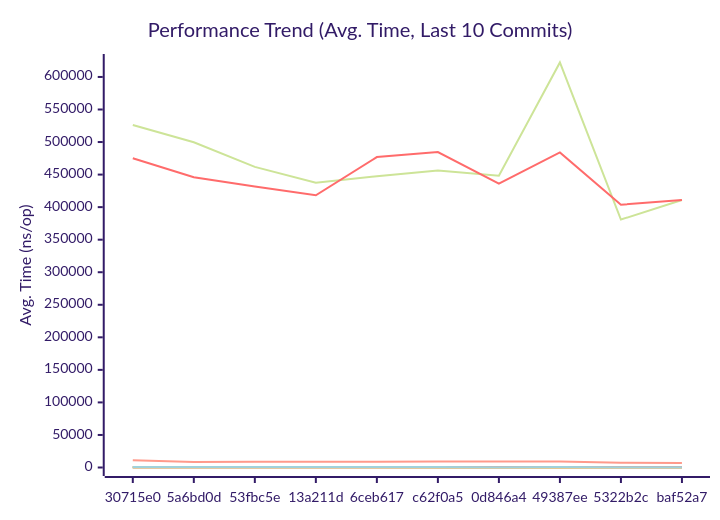
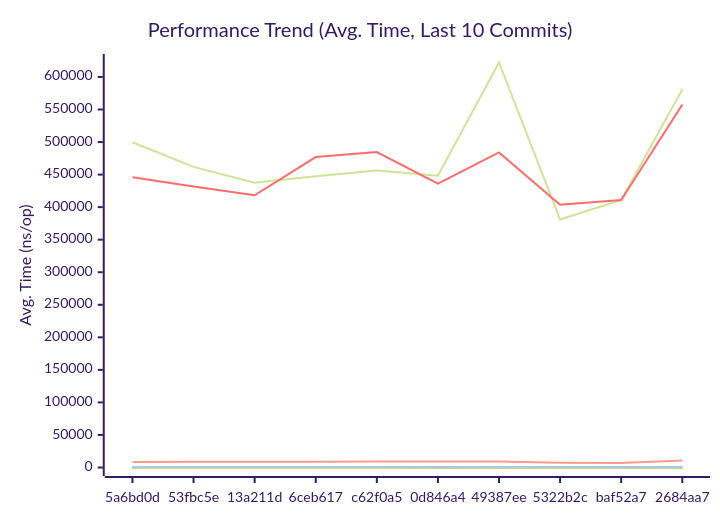
The first of 3 diagrams in docs/PERFORMANCE.md (alsotoes/momo), drawn with Mermaid (forest theme) before and after one commit. The commit also changed other lines of this file and 2 other files, not shown here.

````diff
--- a/docs/PERFORMANCE.md
+++ b/docs/PERFORMANCE.md
@@ -145,20 +145,20 @@
 ```mermaid
 xychart-beta
     title "Performance Trend (Avg. Time, Last 10 Commits)"
     x-axis "Commit"
     y-axis "Avg. Time (ns/op)"
-    x-axis [30715e0,5a6bd0d,53fbc5e,13a211d,6ceb617,c62f0a5,0d846a4,49387ee,5322b2c,baf52a7]
-    line "AWSChunkedReaderSigned" [526187,499710,461886,437350,447444,456452,448270,622202,380899,410944]
-    line "AWSChunkedReaderUnsigned" [474985,445923,431657,418289,476966,484613,436099,484134,403705,410907]
-    line "CheckMetricsAndSwap" [9,10,9,8,10,9,10,8,9,7]
-    line "CrushOptimized" [338,334,350,344,353,360,384,403,296,264]
-    line "CrushOriginal" [508,437,504,419,488,539,442,474,375,370]
+    x-axis [5a6bd0d,53fbc5e,13a211d,6ceb617,c62f0a5,0d846a4,49387ee,5322b2c,baf52a7,2684aa7]
+    line "AWSChunkedReaderSigned" [499710,461886,437350,447444,456452,448270,622202,380899,410944,580705]
+    line "AWSChunkedReaderUnsigned" [445923,431657,418289,476966,484613,436099,484134,403705,410907,557512]
+    line "CheckMetricsAndSwap" [10,9,8,10,9,10,8,9,7,10]
+    line "CrushOptimized" [334,350,344,353,360,384,403,296,264,368]
+    line "CrushOriginal" [437,504,419,488,539,442,474,375,370,598]
     line "IndexDirectTracking" [0,0,0,0,0,0,0,0,0,0]
     line "IndexSearch" [3,3,3,3,3,3,3,3,3,3]
-    line "LoadGlobalConfig" [11173,8541,8919,8720,9023,9246,9136,9150,7234,7096]
-    line "PadString" [49,42,41,39,53,48,50,48,35,34]
+    line "LoadGlobalConfig" [8541,8919,8720,9023,9246,9136,9150,7234,7096,10842]
+    line "PadString" [42,41,39,53,48,50,48,35,34,55]
     line "ParseReplicationOrder_NoPrealloc" [350,349,357,354,345,225,229,165,232,234]
     line "ParseReplicationOrder_Prealloc" [229,231,237,234,229,108,107,80,110,109]
-    line "SanitizeLog/Safe" [284,240,213,224,479,510,430,543,398,379]
-    line "SanitizeLog/Unsafe" [896,723,708,682,607,625,542,680,482,537]
+    line "SanitizeLog/Safe" [240,213,224,479,510,430,543,398,379,530]
+    line "SanitizeLog/Unsafe" [723,708,682,607,625,542,680,482,537,734]
 ```
````
